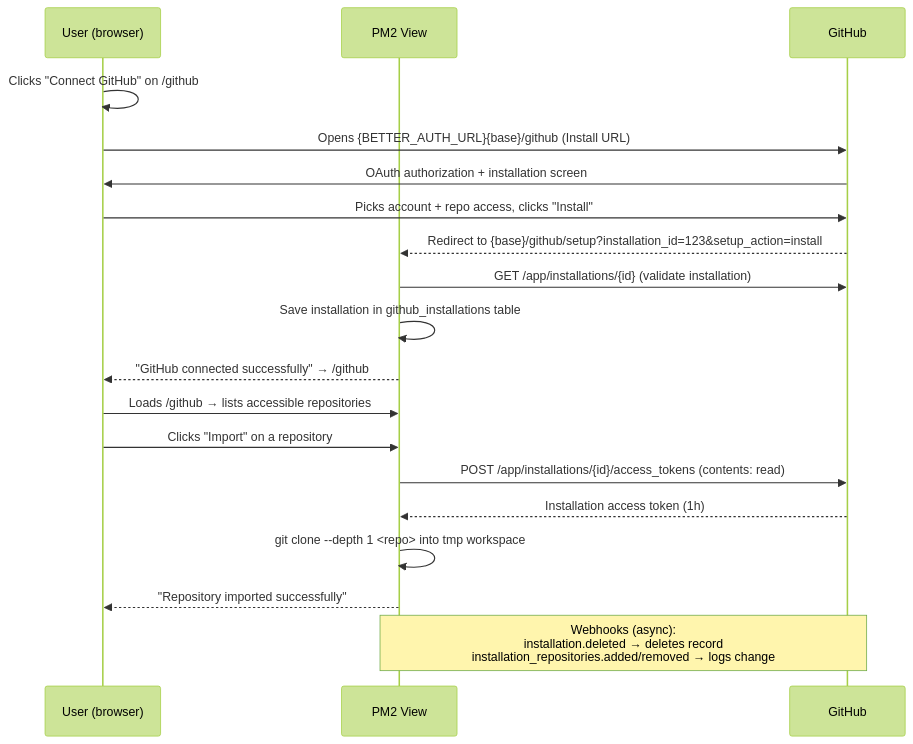
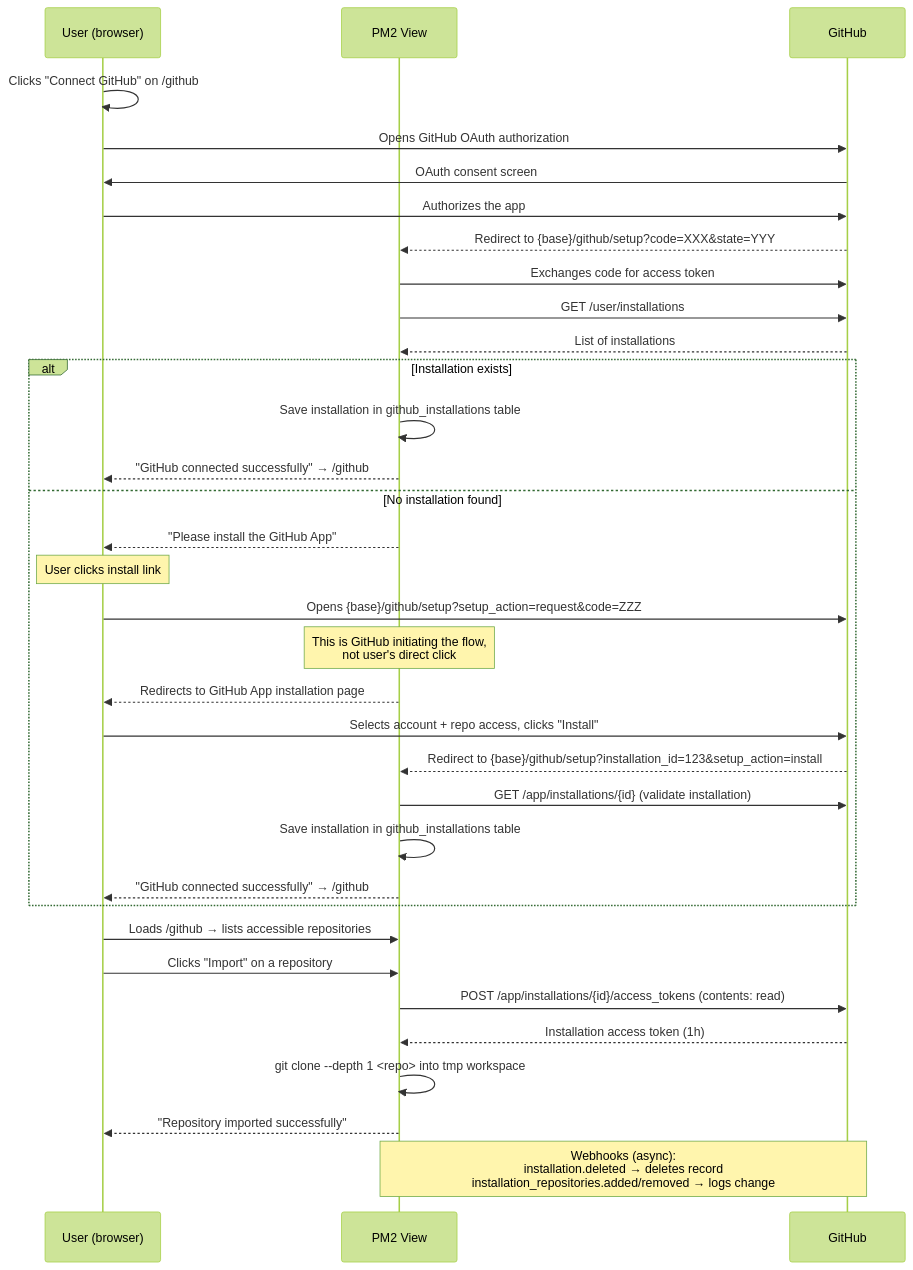
The diagram in docs/github-integration.md (programadorisgod/pm2-view), drawn with Mermaid (forest theme) before and after one commit. The commit also changed other lines of this file and 1 other file, not shown here.

First line of the commit message:
docs(github): add detailed GitHub App creation guide and refactor setup flow

````diff
--- a/docs/github-integration.md
+++ b/docs/github-integration.md
@@ -18,22 +18,37 @@
 ```mermaid
 sequenceDiagram
     participant U as User (browser)
     participant A as PM2 View
     participant G as GitHub
 
     U->>U: Clicks "Connect GitHub" on /github
-    U->>G: Opens {BETTER_AUTH_URL}{base}/github (Install URL)
-    G->>U: OAuth authorization + installation screen
-    U->>G: Picks account + repo access, clicks "Install"
-    G-->>A: Redirect to {base}/github/setup?installation_id=123&setup_action=install
-    A->>G: GET /app/installations/{id} (validate installation)
-    A->>A: Save installation in github_installations table
-    A-->>U: "GitHub connected successfully" → /github
+    U->>G: Opens GitHub OAuth authorization
+    G->>U: OAuth consent screen
+    U->>G: Authorizes the app
+    G-->>A: Redirect to {base}/github/setup?code=XXX&state=YYY
+    A->>G: Exchanges code for access token
+    A->>G: GET /user/installations
+    G-->>A: List of installations
+    alt Installation exists
+        A->>A: Save installation in github_installations table
+        A-->>U: "GitHub connected successfully" → /github
+    else No installation found
+        A-->>U: "Please install the GitHub App"
+        Note over U: User clicks install link
+        U->>G: Opens {base}/github/setup?setup_action=request&code=ZZZ
+        Note over A: This is GitHub initiating the flow,<br/>not user's direct click
+        A-->>U: Redirects to GitHub App installation page
+        U->>G: Selects account + repo access, clicks "Install"
+        G-->>A: Redirect to {base}/github/setup?installation_id=123&setup_action=install
+        A->>G: GET /app/installations/{id} (validate installation)
+        A->>A: Save installation in github_installations table
+        A-->>U: "GitHub connected successfully" → /github
+    end
     U->>A: Loads /github → lists accessible repositories
     U->>A: Clicks "Import" on a repository
     A->>G: POST /app/installations/{id}/access_tokens (contents: read)
     G-->>A: Installation access token (1h)
     A->>A: git clone --depth 1 <repo> into tmp workspace
     A-->>U: "Repository imported successfully"
     Note over A,G: Webhooks (async):<br/>installation.deleted → deletes record<br/>installation_repositories.added/removed → logs change
 ```
````
